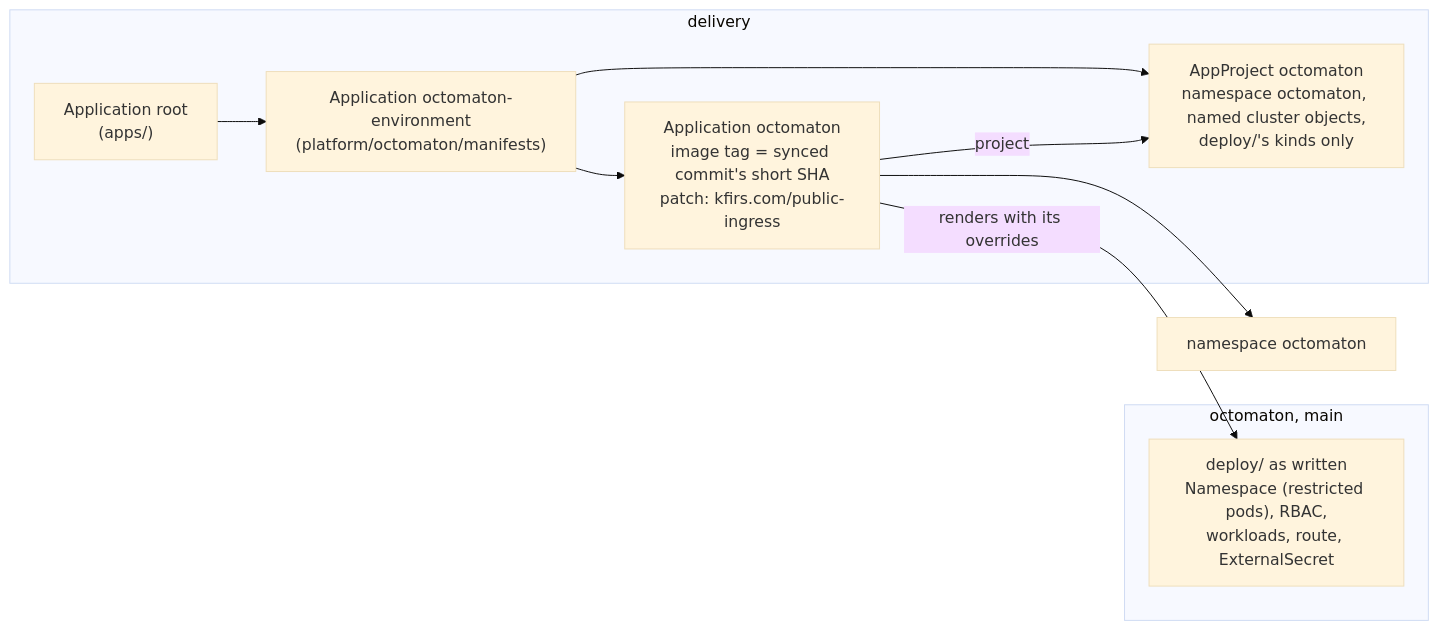
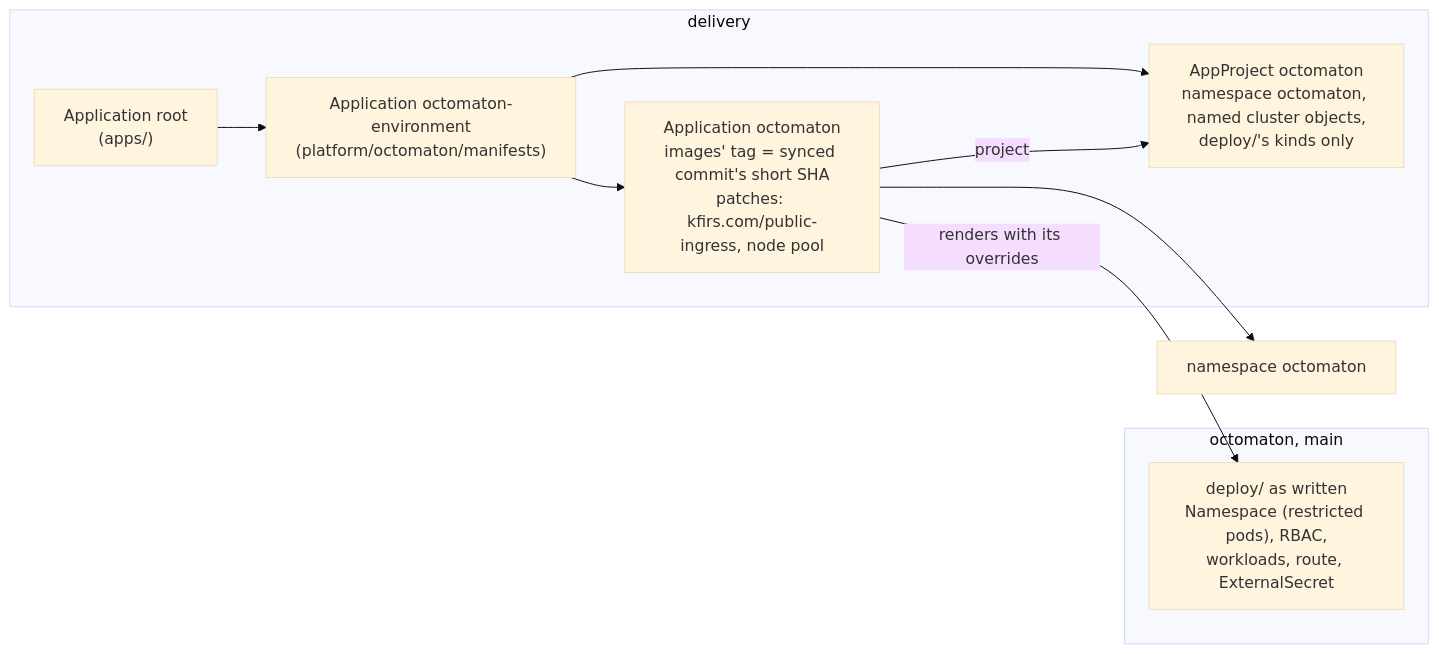
One commit to arikkfir-org/octomaton changed the second of 2 diagrams in docs/octomaton/designs/deployment.md. Above: the diagram before and after it, drawn with Mermaid (base theme). The commit also changed other lines of this file and 8 other files, not shown here.

First line of the commit message:
docs(octomaton): document the hub's App and deployment in our pages

````diff
--- a/docs/octomaton/designs/deployment.md
+++ b/docs/octomaton/designs/deployment.md
@@ -43,14 +44,14 @@
 ```mermaid
 flowchart LR
   subgraph delivery["delivery"]
     Root["Application root<br/>(apps/)"] --> Env["Application octomaton-environment<br/>(platform/octomaton/manifests)"]
     Env --> Project["AppProject octomaton<br/>namespace octomaton, named cluster objects,<br/>deploy/'s kinds only"]
-    Env --> App["Application octomaton<br/>image tag = synced commit's short SHA<br/>patch: kfirs.com/public-ingress"]
+    Env --> App["Application octomaton<br/>images' tag = synced commit's short SHA<br/>patches: kfirs.com/public-ingress, node pool"]
   end
   subgraph octomaton["octomaton, main"]
     Deploy["deploy/ as written<br/>Namespace (restricted pods), RBAC,<br/>workloads, route, ExternalSecret"]
   end
   App -- "project" --> Project
   App -- "renders with its overrides" --> Deploy
   App --> NS["namespace octomaton"]
 ```
````
